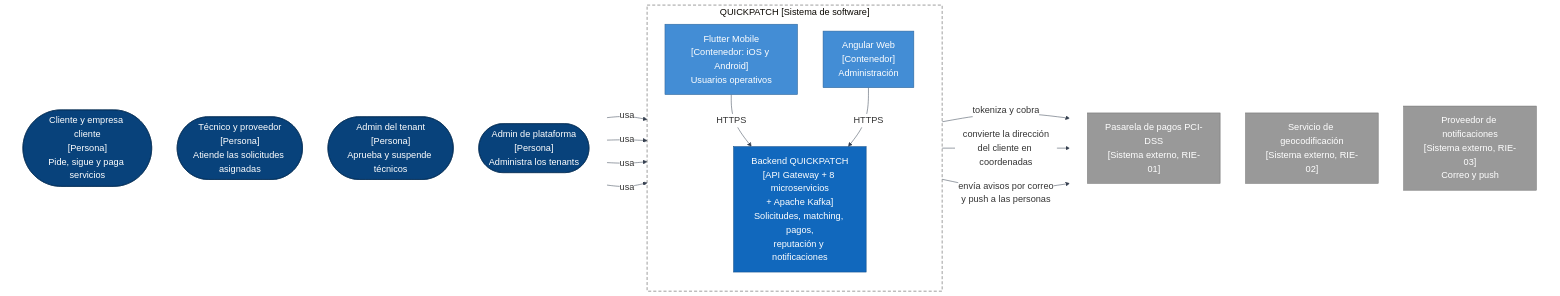
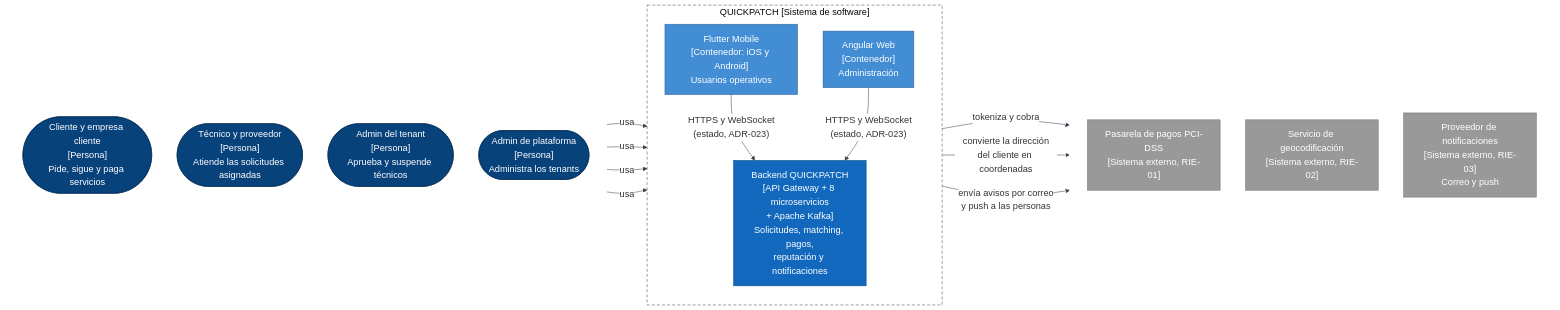
The first of 4 diagrams in docs/architecture/SAD.md (ARQUI-202630/quickpatch), drawn with Mermaid before and after one commit. The commit also changed other lines of this file and 3 other files, not shown here.

````diff
--- a/docs/architecture/SAD.md
+++ b/docs/architecture/SAD.md
@@ -886,47 +886,47 @@
 ```mermaid
 %%{init: {'theme':'base','themeVariables':{'lineColor':'#374151','textColor':'#111827','edgeLabelBackground':'#ffffff','fontSize':'18px'}}}%%
 flowchart LR
     subgraph PER[" "]
         direction TB
         P1(["Cliente y empresa cliente<br/>[Persona]<br/>Pide, sigue y paga servicios"])
         P2(["Técnico y proveedor<br/>[Persona]<br/>Atiende las solicitudes asignadas"])
         P3(["Admin del tenant<br/>[Persona]<br/>Aprueba y suspende técnicos"])
         P4(["Admin de plataforma<br/>[Persona]<br/>Administra los tenants"])
     end
 
     subgraph SIS["QUICKPATCH [Sistema de software]"]
         direction TB
         MOB["Flutter Mobile<br/>[Contenedor: iOS y Android]<br/>Usuarios operativos"]
         WEB["Angular Web<br/>[Contenedor]<br/>Administración"]
         CORE["Backend QUICKPATCH<br/>[API Gateway + 8 microservicios<br/>+ Apache Kafka]<br/>Solicitudes, matching, pagos,<br/>reputación y notificaciones"]
     end
 
     subgraph EXT[" "]
         direction TB
         PAY["Pasarela de pagos PCI-DSS<br/>[Sistema externo, RIE-01]"]
         MAPS["Servicio de geocodificación<br/>[Sistema externo, RIE-02]"]
         NOTI["Proveedor de notificaciones<br/>[Sistema externo, RIE-03]<br/>Correo y push"]
     end
 
     P1 -->|"usa"| MOB
     P2 -->|"usa"| MOB
     P3 -->|"usa"| WEB
     P4 -->|"usa"| WEB
-    MOB -->|"HTTPS"| CORE
-    WEB -->|"HTTPS"| CORE
+    MOB -->|"HTTPS y WebSocket<br/>(estado, ADR-023)"| CORE
+    WEB -->|"HTTPS y WebSocket<br/>(estado, ADR-023)"| CORE
     CORE -->|"tokeniza y cobra"| PAY
     MOB -->|"convierte la dirección<br/>del cliente en coordenadas"| MAPS
     CORE -->|"envía avisos por correo<br/>y push a las personas"| NOTI
 
     classDef persona fill:#08427b,stroke:#052e56,color:#ffffff
     classDef contenedor fill:#438dd5,stroke:#2e6295,color:#ffffff
     classDef sistema fill:#1168bd,stroke:#0b4884,color:#ffffff
     classDef externo fill:#999999,stroke:#6b6b6b,color:#ffffff
     class P1,P2,P3,P4 persona
     class MOB,WEB contenedor
     class CORE sistema
     class PAY,MAPS,NOTI externo
     style PER fill:#ffffff,stroke:#ffffff
     style EXT fill:#ffffff,stroke:#ffffff
     style SIS fill:#ffffff,stroke:#444444,stroke-dasharray:6 4
 ```
````
